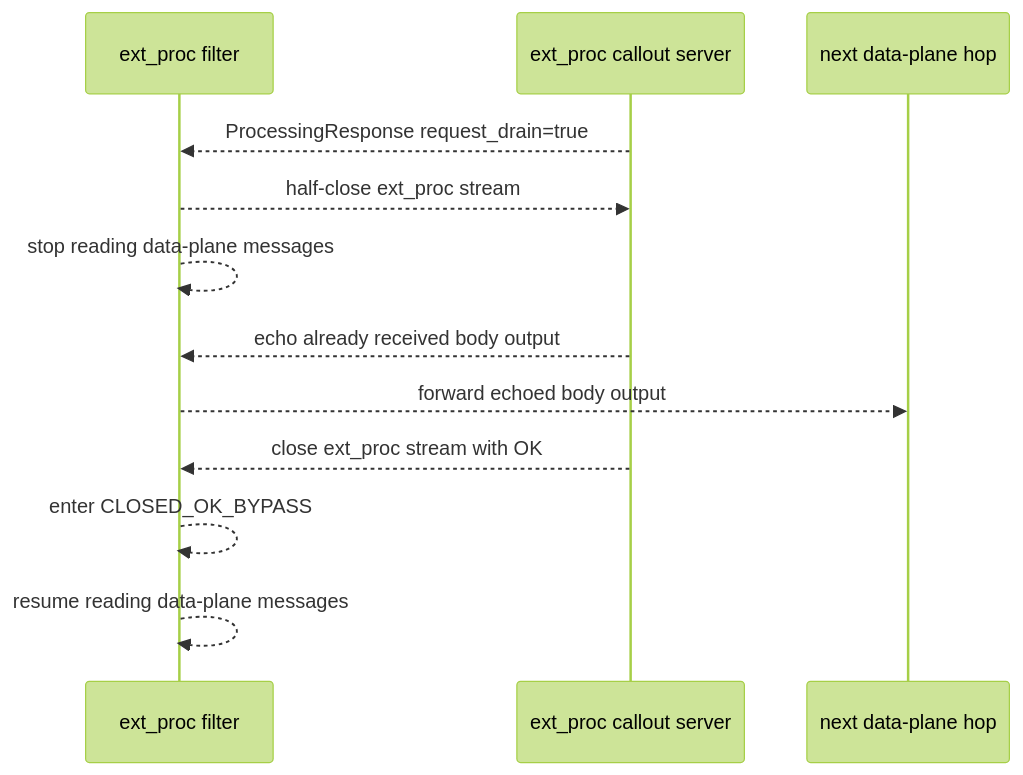
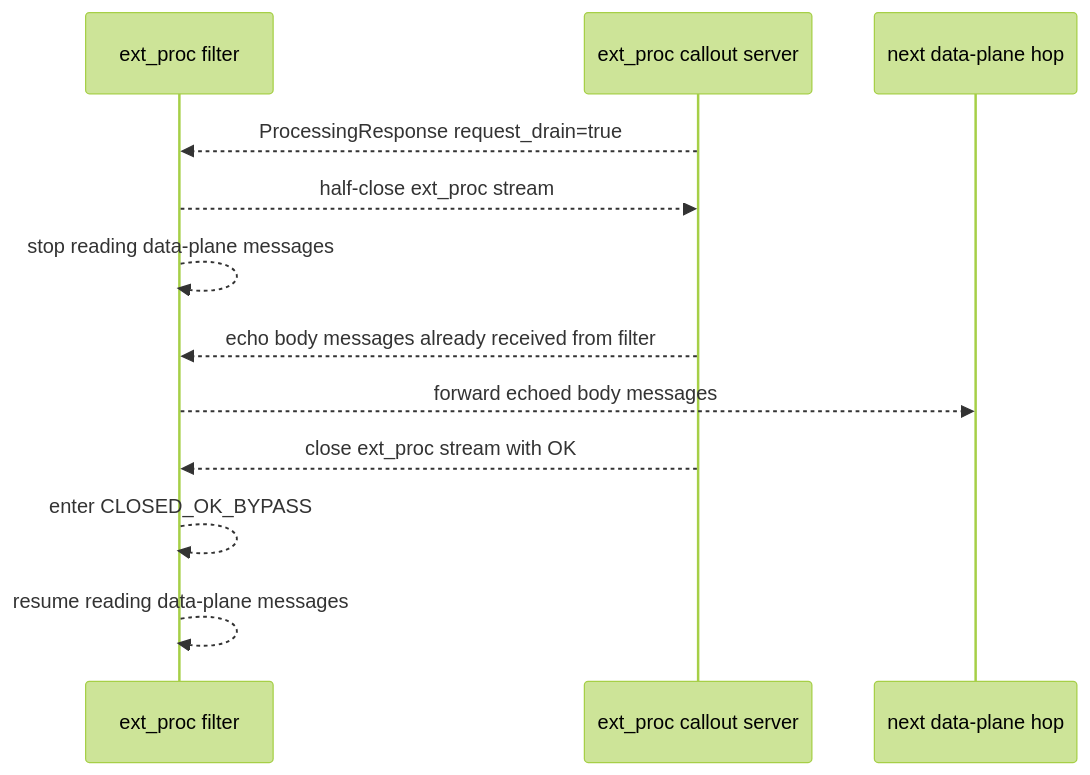
One commit to ran-su/ext_proc_spec changed the fifth of 5 diagrams in a93_ext_proc_state_machine.md. Above: the diagram before and after it, drawn with Mermaid (forest theme). The commit also changed other lines of this file and 1 other file, not shown here.

Commit message:
Clarify ext_proc body stream state

````diff
--- a/a93_ext_proc_state_machine.md
+++ b/a93_ext_proc_state_machine.md
@@ -413,15 +419,15 @@
 ```mermaid
 sequenceDiagram
     participant Filter as ext_proc filter
     participant EP as ext_proc callout server
     participant Next as next data-plane hop
 
     EP-->>Filter: ProcessingResponse request_drain=true
     Filter-->>EP: half-close ext_proc stream
     Filter-->>Filter: stop reading data-plane messages
-    EP-->>Filter: echo already received body output
-    Filter-->>Next: forward echoed body output
+    EP-->>Filter: echo body messages already received from filter
+    Filter-->>Next: forward echoed body messages
     EP-->>Filter: close ext_proc stream with OK
     Filter-->>Filter: enter CLOSED_OK_BYPASS
     Filter-->>Filter: resume reading data-plane messages
 ```
````
